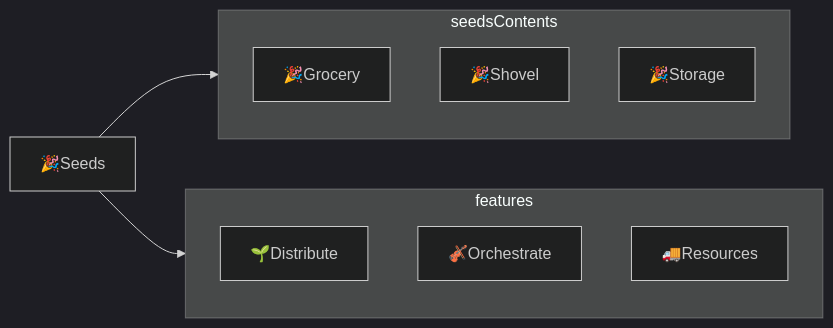
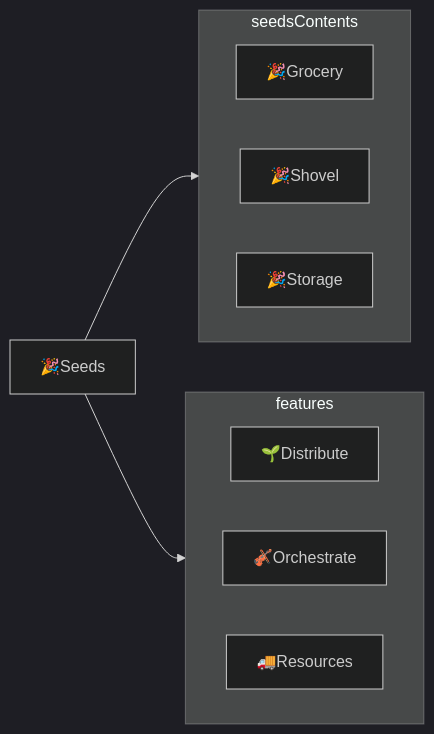
One commit to mindulle/garden changed the diagram in content/Develop/Seeds/🎉Seeds.md. Above: the diagram before and after it, drawn with Mermaid (dark theme). The commit also changed other lines of this file and 389 other files, not shown here.

````diff
--- a/content/Develop/Seeds/🎉Seeds.md
+++ b/content/Develop/Seeds/🎉Seeds.md
@@ -17,16 +17,18 @@
 ```mermaid
 flowchart LR
 	HERE[&#127881Seeds]
 	subgraph seedsContents
+		direction LR
 		grocery[&#127881Grocery]
 		shovel[&#127881Shovel]
 		storage[&#127881Storage]
 	end
 	subgraph features
+		direction LR
 		distribute[&#127793Distribute]
 		orchestrate[&#127931Orchestrate]
 		resources[&#128666Resources]
 	end
 	HERE --> seedsContents
 	HERE --> features
 ```
````
